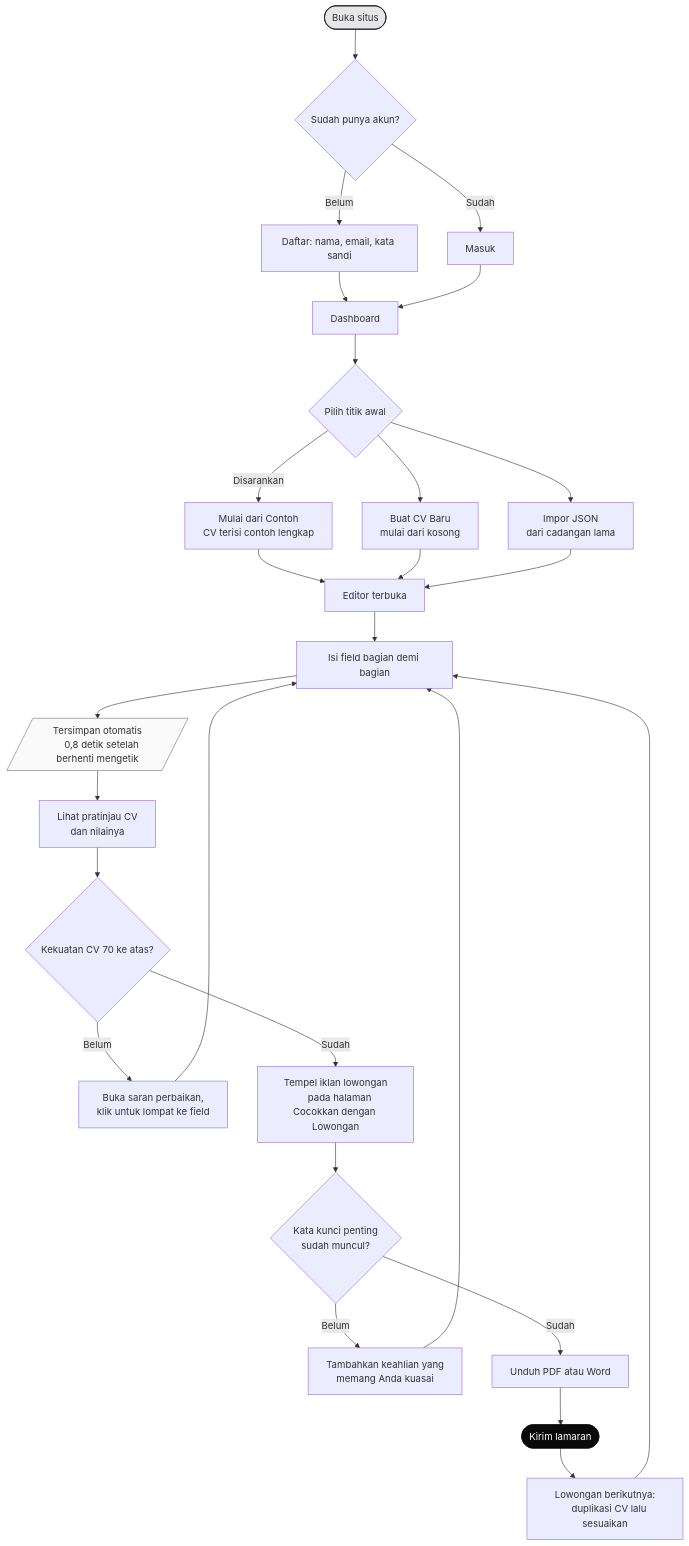
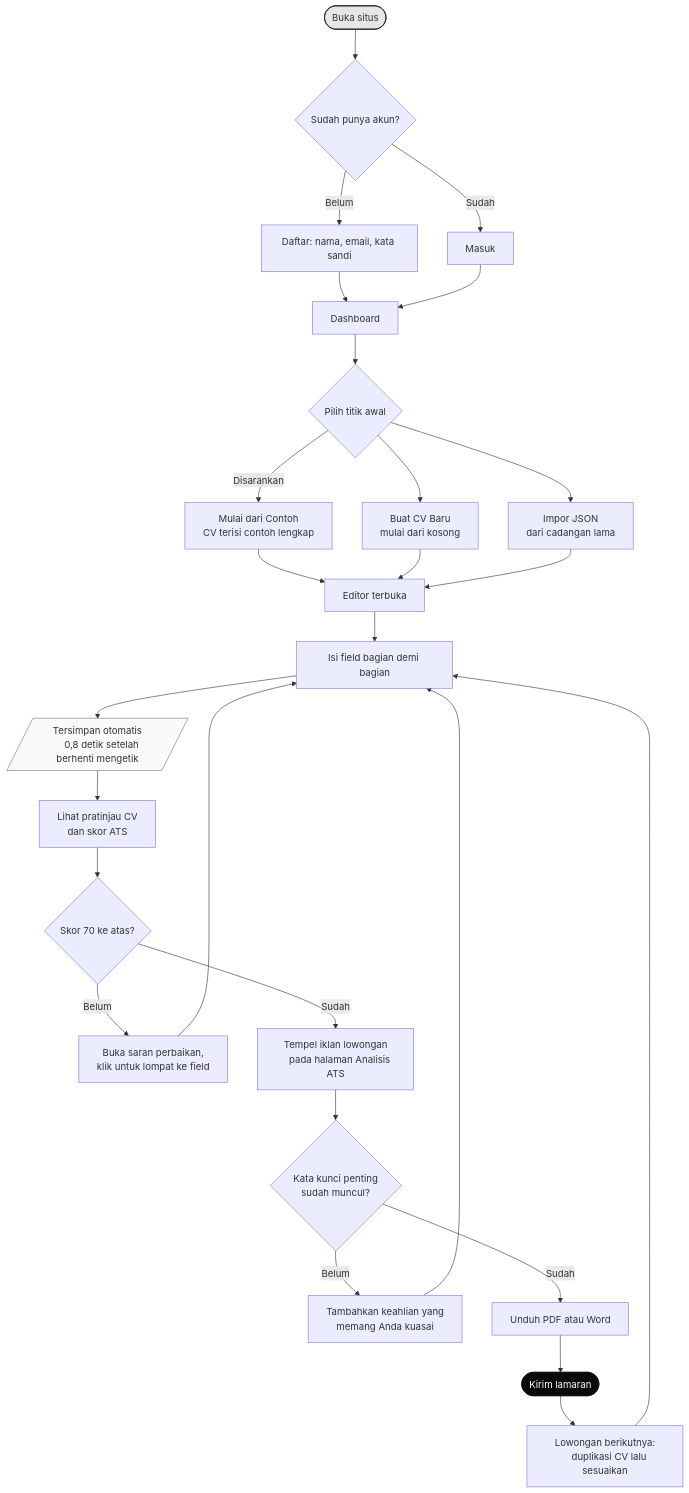
The diagram in docs/panduan-pengguna.md (Zaky-Data-Science/cv-ats-builder), drawn with Mermaid before and after one commit. The commit also changed other lines of this file and 116 other files, not shown here.

````diff
--- a/docs/panduan-pengguna.md
+++ b/docs/panduan-pengguna.md
@@ -87,46 +57,46 @@
 ```mermaid
 flowchart TD
     A([Buka situs]) --> B{Sudah punya akun?}
     B -- Belum --> C[Daftar: nama, email, kata sandi]
     B -- Sudah --> D[Masuk]
     C --> E[Dashboard]
     D --> E
 
     E --> F{Pilih titik awal}
     F -- Disarankan --> G[Mulai dari Contoh<br/>CV terisi contoh lengkap]
     F --> H[Buat CV Baru<br/>mulai dari kosong]
     F --> I[Impor JSON<br/>dari cadangan lama]
 
     G --> J[Editor terbuka]
     H --> J
     I --> J
 
     J --> K[Isi field bagian demi bagian]
     K --> L[/Tersimpan otomatis
     0,8 detik setelah berhenti mengetik/]
     L --> M[Lihat pratinjau CV
-    dan nilainya]
+    dan skor ATS]
 
-    M --> N{Kekuatan CV 70 ke atas?}
+    M --> N{Skor 70 ke atas?}
     N -- Belum --> O[Buka saran perbaikan,
     klik untuk lompat ke field]
     O --> K
     N -- Sudah --> P[Tempel iklan lowongan
-    pada halaman Cocokkan dengan Lowongan]
+    pada halaman Analisis ATS]
 
     P --> Q{Kata kunci penting
     sudah muncul?}
     Q -- Belum --> R[Tambahkan keahlian yang
     memang Anda kuasai]
     R --> K
     Q -- Sudah --> S[Unduh PDF atau Word]
 
     S --> T([Kirim lamaran])
     T --> U[Lowongan berikutnya:
     duplikasi CV lalu sesuaikan]
     U --> K
 
     style A fill:#e6e6e8,stroke:#0a0a0b
     style T fill:#0a0a0b,stroke:#0a0a0b,color:#ffffff
     style L fill:#fafafa,stroke:#74747a
 ```
````
